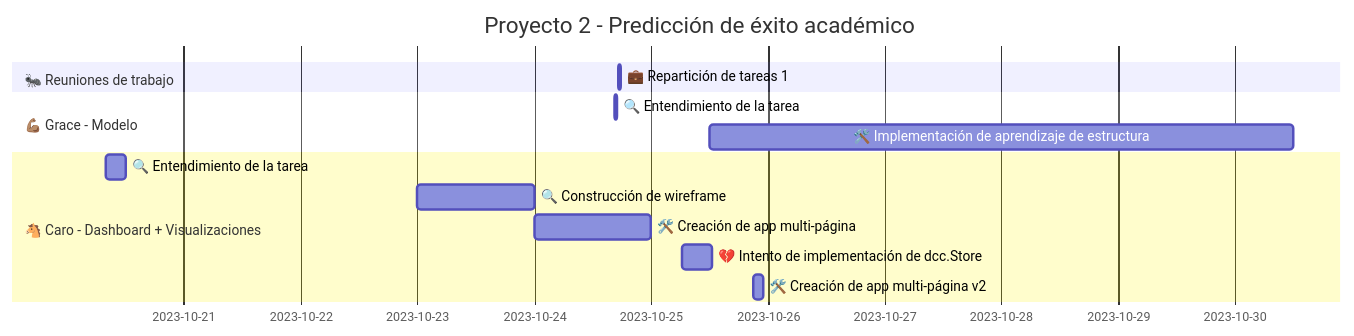
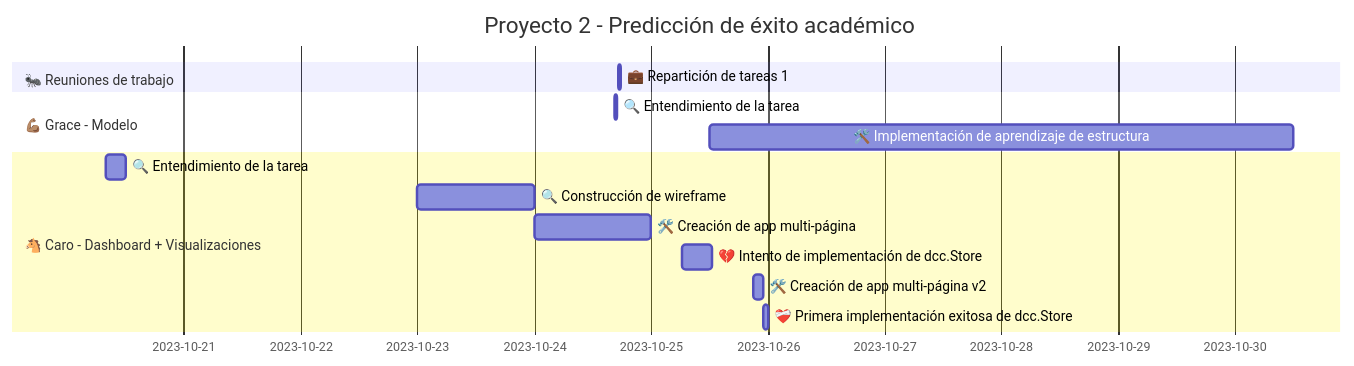
Before and after one commit to zcrodriguez/AC_IPP_P2: the diagram in README.md, drawn with Mermaid. The commit also changed other lines of this file, not shown here.

````diff
--- a/README.md
+++ b/README.md
@@ -5,16 +5,17 @@
 ```mermaid
 gantt
     title Proyecto 2 - Predicción de éxito académico
     dateFormat  YYYY-MM-DD
     section 🐜 Reuniones de trabajo
     💼 Repartición de tareas 1:2023-10-24 17:21,30m
     section 💪🏽 Grace - Modelo
     🔍 Entendimiento de la tarea:2023-10-24 16:30,40m
     🛠️ Implementación de aprendizaje de estructura: 2023-10-25 12:00, 5d
     section 🐴 Caro - Dashboard + Visualizaciones
     🔍 Entendimiento de la tarea:2023-10-20 8:00,4h
     🔍 Construcción de wireframe:2023-10-23,1d
     🛠️ Creación de app multi-página:2023-10-24,1d
     💔 Intento de implementación de dcc.Store:2023-10-25 6:30, 6h
     🛠️ Creación de app multi-página v2:2023-10-25 21:00, 2h
+    ❤️‍🩹 Primera implementación exitosa de dcc.Store:2023-10-25 23:00, 1h
 ```
````
